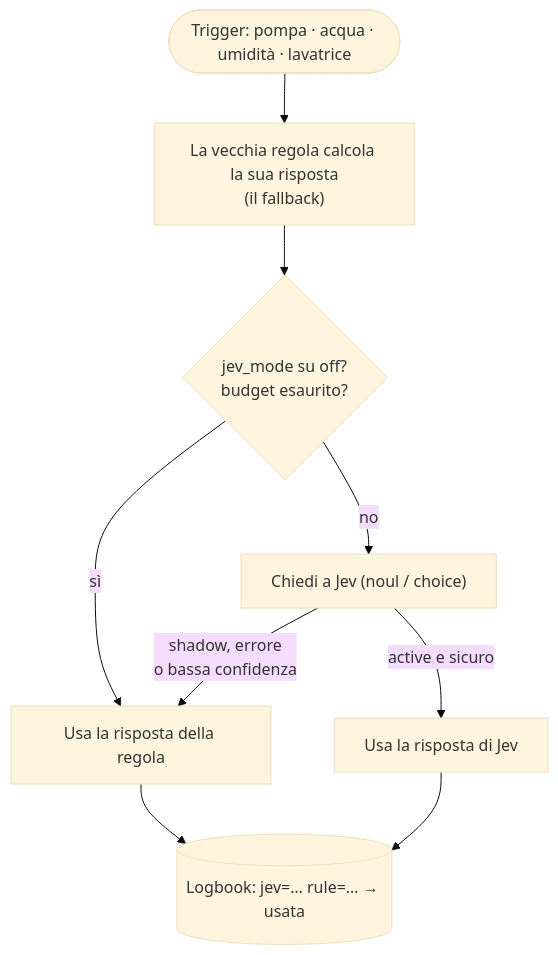
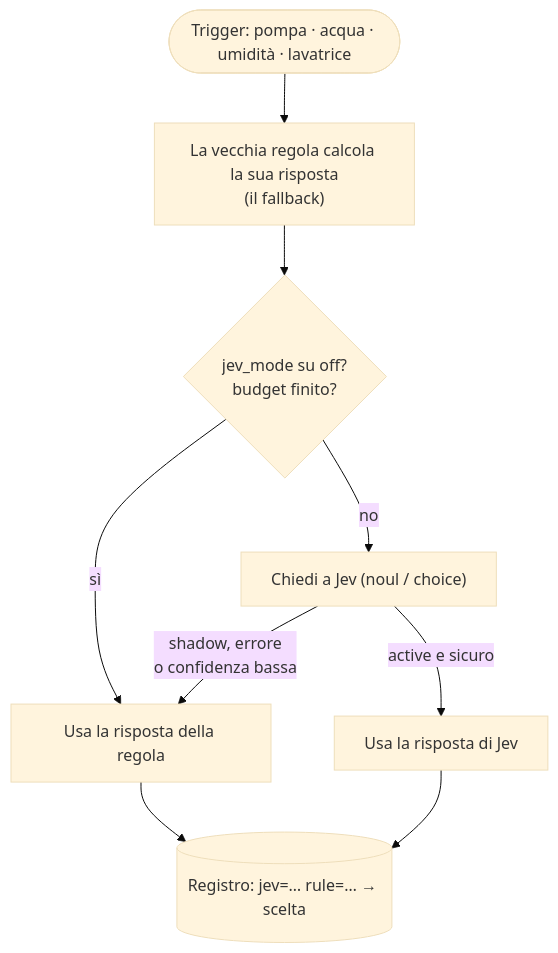
One commit to mmornati/mornati-blog changed the diagram in content/it/posts/jev-home-assistant-un-modello-decisionale-per-le-mie-automazioni/index.md. Above: the diagram before and after it, drawn with Mermaid (base theme). The commit also changed other lines of this file and 2 other files, not shown here.

First line of the commit message:
Jev post: verify against production and add real data (EN/FR/IT)

````diff
--- a/content/it/posts/jev-home-assistant-un-modello-decisionale-per-le-mie-automazioni/index.md
+++ b/content/it/posts/jev-home-assistant-un-modello-decisionale-per-le-mie-automazioni/index.md
@@ -77,11 +77,11 @@
 ```mermaid
 flowchart TD
     T(["Trigger: pompa · acqua · umidità · lavatrice"]) --> R["La vecchia regola calcola la sua risposta<br/>(il fallback)"]
-    R --> M{"jev_mode su off?<br/>budget esaurito?"}
+    R --> M{"jev_mode su off?<br/>budget finito?"}
     M -->|sì| U["Usa la risposta della regola"]
     M -->|no| J["Chiedi a Jev (noul / choice)"]
-    J -->|"shadow, errore<br/>o bassa confidenza"| U
+    J -->|"shadow, errore<br/>o confidenza bassa"| U
     J -->|"active e sicuro"| V["Usa la risposta di Jev"]
-    U --> L[("Logbook: jev=… rule=… → usata")]
+    U --> L[("Registro: jev=… rule=… → scelta")]
     V --> L
 ```
````
